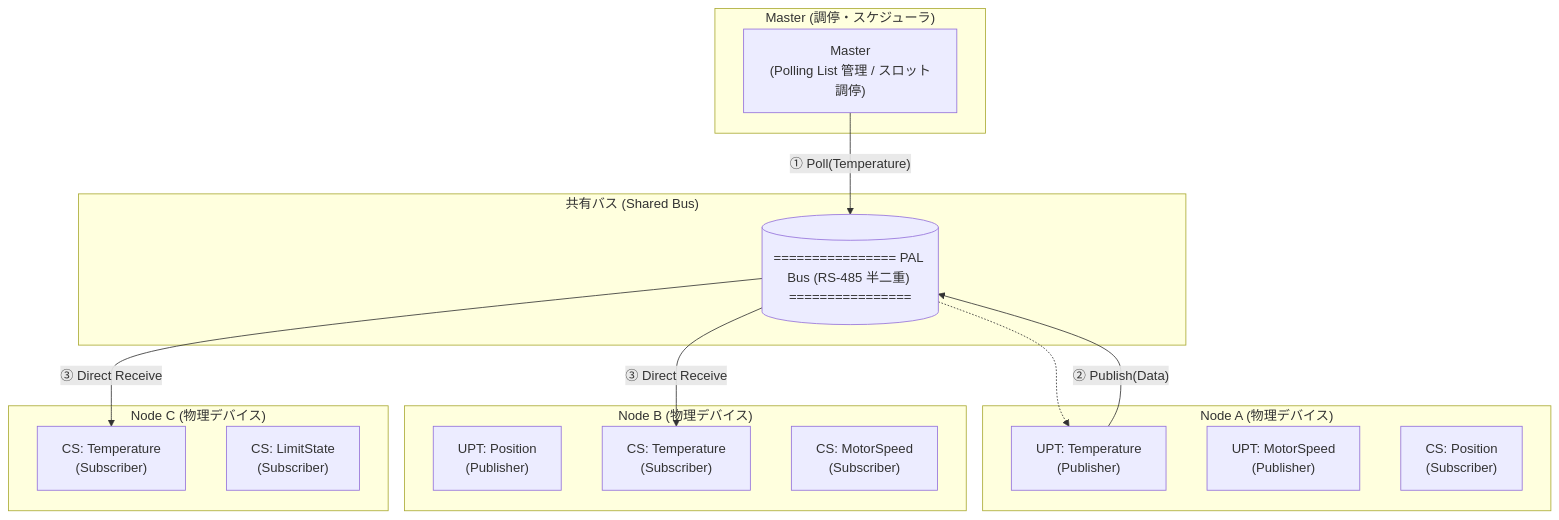
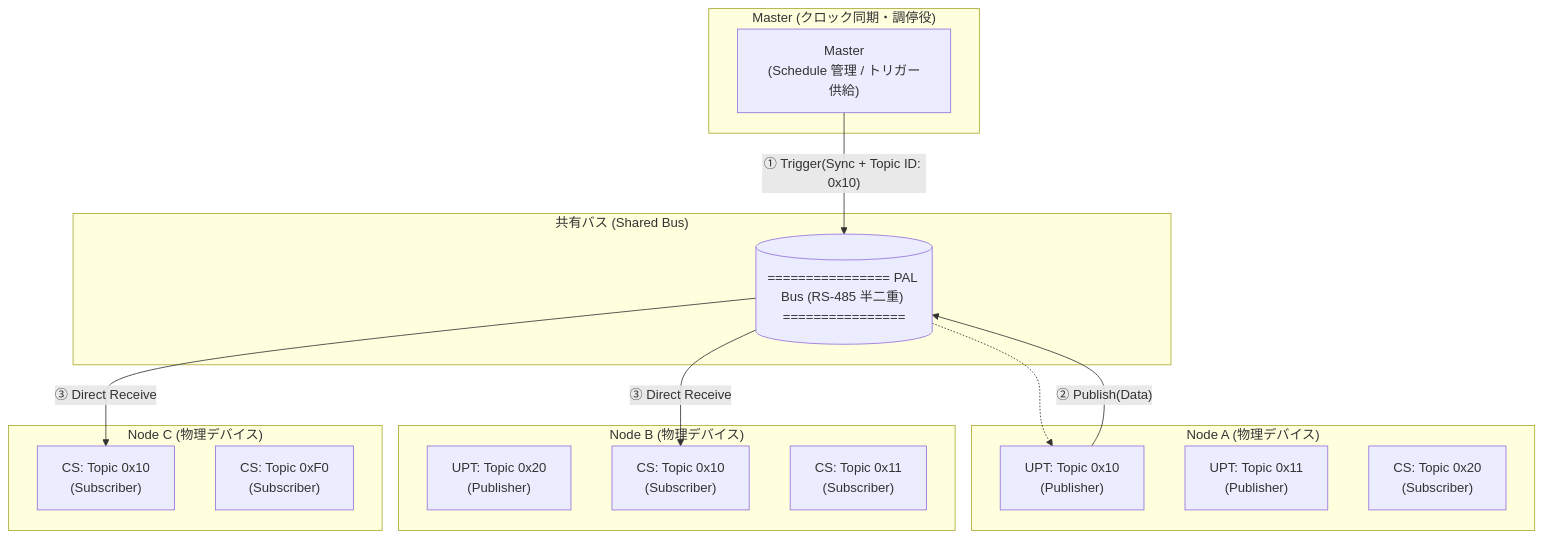
The first of 2 diagrams in firmware/tests/ADX_Core-D/PAL/REPORT/PAL_SPECIFICATION.md (Masafuro/ADX), drawn with Mermaid before and after one commit. The commit also changed other lines of this file, not shown here.

````diff
--- a/firmware/tests/ADX_Core-D/PAL/REPORT/PAL_SPECIFICATION.md
+++ b/firmware/tests/ADX_Core-D/PAL/REPORT/PAL_SPECIFICATION.md
@@ -29,33 +29,34 @@
 ```mermaid
 flowchart TD
-    subgraph "Master (調停・スケジューラ)"
-        M["Master<br/>(Polling List 管理 / スロット調停)"]
+    subgraph "Master (クロック同期・調停役)"
+        M["Master<br/>(Schedule 管理 / トリガー供給)"]
     end
 
     subgraph "共有バス (Shared Bus)"
         BUS[("================ PAL Bus (RS-485 半二重) ================")]
     end
 
     subgraph "Node A (物理デバイス)"
-        UPT_A1["UPT: Temperature<br/>(Publisher)"]
-        UPT_A2["UPT: MotorSpeed<br/>(Publisher)"]
-        CS_A1["CS: Position<br/>(Subscriber)"]
+        UPT_A1["UPT: Topic 0x10<br/>(Publisher)"]
+        UPT_A2["UPT: Topic 0x11<br/>(Publisher)"]
+        CS_A1["CS: Topic 0x20<br/>(Subscriber)"]
     end
 
     subgraph "Node B (物理デバイス)"
-        UPT_B1["UPT: Position<br/>(Publisher)"]
-        CS_B1["CS: Temperature<br/>(Subscriber)"]
-        CS_B2["CS: MotorSpeed<br/>(Subscriber)"]
+        UPT_B1["UPT: Topic 0x20<br/>(Publisher)"]
+        CS_B1["CS: Topic 0x10<br/>(Subscriber)"]
+        CS_B2["CS: Topic 0x11<br/>(Subscriber)"]
     end
 
     subgraph "Node C (物理デバイス)"
-        CS_C1["CS: Temperature<br/>(Subscriber)"]
-        CS_C2["CS: LimitState<br/>(Subscriber)"]
+        CS_C1["CS: Topic 0x10<br/>(Subscriber)"]
+        CS_C2["CS: Topic 0xF0<br/>(Subscriber)"]
     end
 
-    M -- "① Poll(Temperature)" --> BUS
+    M -- "① Trigger(Sync + Topic ID: 0x10)" --> BUS
     BUS -.-> UPT_A1
     UPT_A1 -- "② Publish(Data)" --> BUS
     BUS -- "③ Direct Receive" --> CS_B1
     BUS -- "③ Direct Receive" --> CS_C1
+
 ```
````
